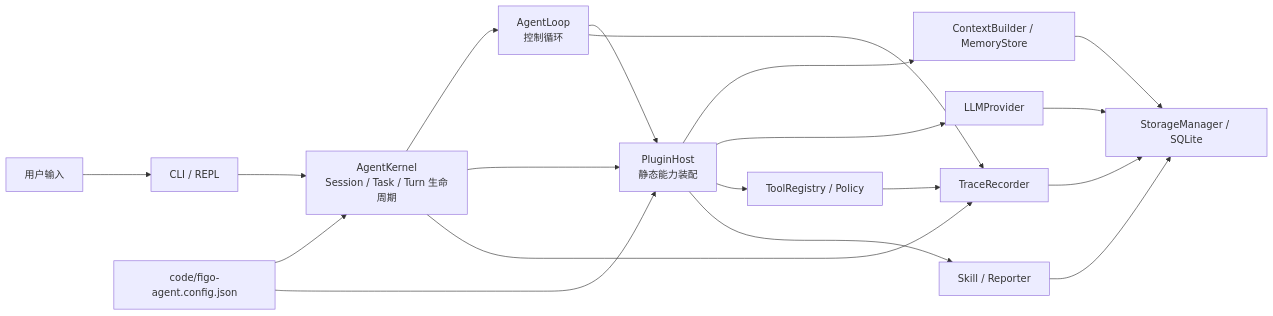
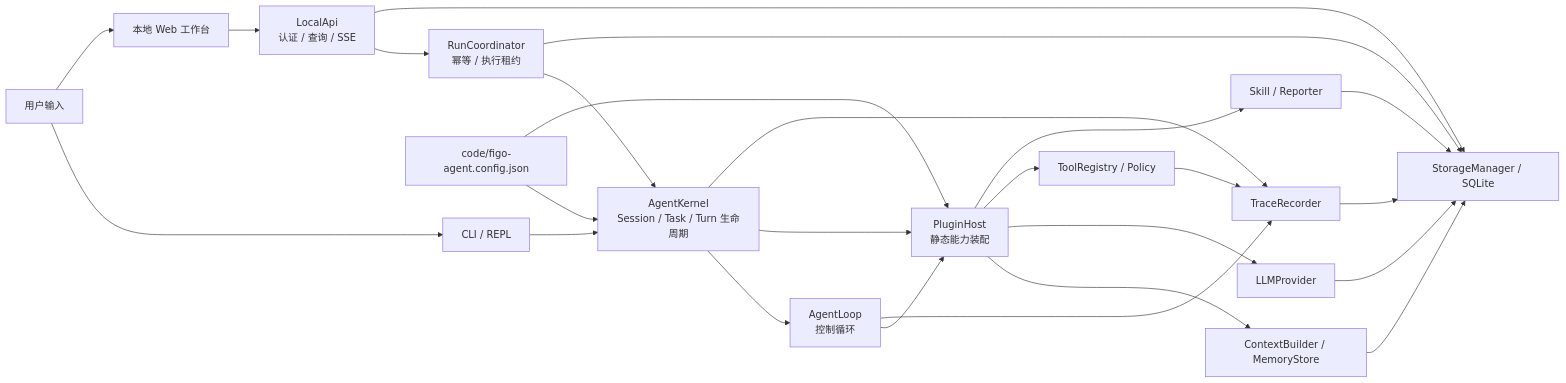
The first of 3 diagrams in readme.md (hfqf/figo-agent), drawn with Mermaid before and after one commit. The commit also changed other lines of this file and 56 other files, not shown here.

First line of the commit message:
feat(web): add local task workbench and inspectors

````diff
--- a/readme.md
+++ b/readme.md
@@ -60,21 +69,27 @@
 ```mermaid
 flowchart LR
   User["用户输入"] --> CLI["CLI / REPL"]
+  User --> Web["本地 Web 工作台"]
+  Web --> API["LocalApi<br/>认证 / 查询 / SSE"]
+  API --> Run["RunCoordinator<br/>幂等 / 执行租约"]
   CLI --> Kernel["AgentKernel<br/>Session / Task / Turn 生命周期"]
+  Run --> Kernel
   Kernel --> Loop["AgentLoop<br/>控制循环"]
   Kernel --> Host["PluginHost<br/>静态能力装配"]
   Loop --> Host
   Host --> Context["ContextBuilder / MemoryStore"]
   Host --> Model["LLMProvider"]
   Host --> Tools["ToolRegistry / Policy"]
   Host --> Skill["Skill / Reporter"]
   Kernel --> Trace["TraceRecorder"]
   Loop --> Trace
   Context --> Storage["StorageManager / SQLite"]
   Model --> Storage
   Tools --> Trace
   Skill --> Storage
   Trace --> Storage
+  Run --> Storage
+  API --> Storage
   Config["code/figo-agent.config.json"] --> Kernel
   Config --> Host
 ```
````
